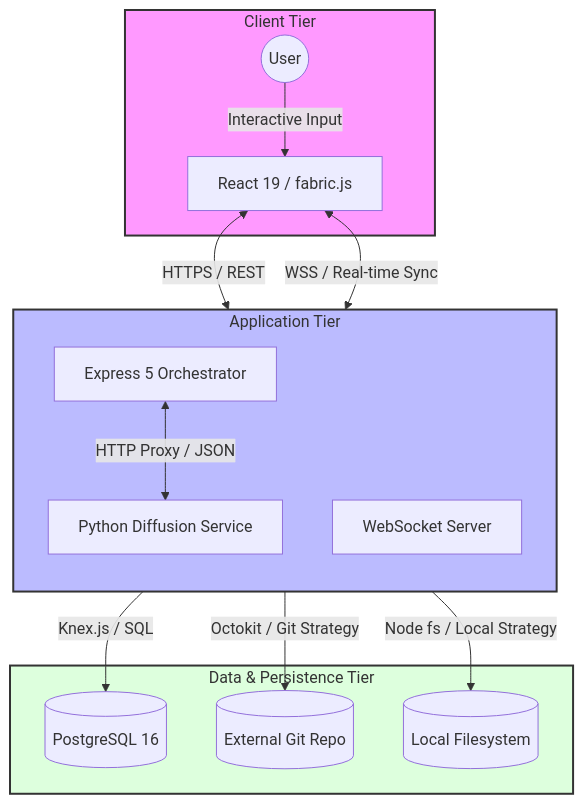
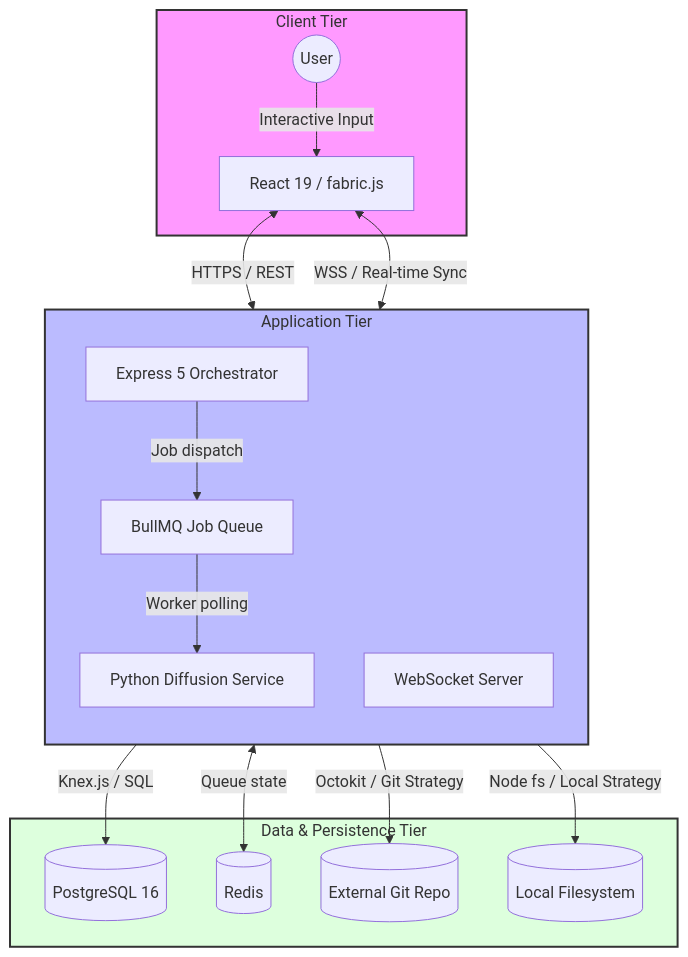
The first of 4 diagrams in Readme.MD (GuchaIll/Concept.io), drawn with Mermaid before and after one commit. The commit also changed other lines of this file, not shown here.

````diff
--- a/Readme.MD
+++ b/Readme.MD
@@ -7,39 +94,43 @@
 ```mermaid
 graph TD
     %% User/Client Tier
     subgraph Client_Tier [Client Tier]
         User((User))
         React[React 19 / fabric.js]
     end
 
     %% Application Tier
     subgraph App_Tier [Application Tier]
         direction TB
         NodeServer[Express 5 Orchestrator]
         WSS[WebSocket Server]
+        BullMQ[BullMQ Job Queue]
         FastAPI[Python Diffusion Service]
     end
 
     %% Data Tier
     subgraph Data_Tier [Data & Persistence Tier]
         DB[(PostgreSQL 16)]
+        Redis[(Redis)]
         Git[(External Git Repo)]
         FS[(Local Filesystem)]
     end
 
     %% Connections
     User -->|Interactive Input| React
     React <-->|HTTPS / REST| NodeServer
     React <-->|WSS / Real-time Sync| WSS
-    
+
     NodeServer -->|Knex.js / SQL| DB
-    NodeServer <-->|HTTP Proxy / JSON| FastAPI
-    
+    NodeServer -->|Job dispatch| BullMQ
+    BullMQ -->|Worker polling| FastAPI
+    BullMQ <-->|Queue state| Redis
+
     NodeServer -->|Octokit / Git Strategy| Git
     NodeServer -->|Node fs / Local Strategy| FS
 
     %% Styling
     style Client_Tier fill:#f9f,stroke:#333,stroke-width:2px
     style App_Tier fill:#bbf,stroke:#333,stroke-width:2px
     style Data_Tier fill:#dfd,stroke:#333,stroke-width:2px
 ```
````
